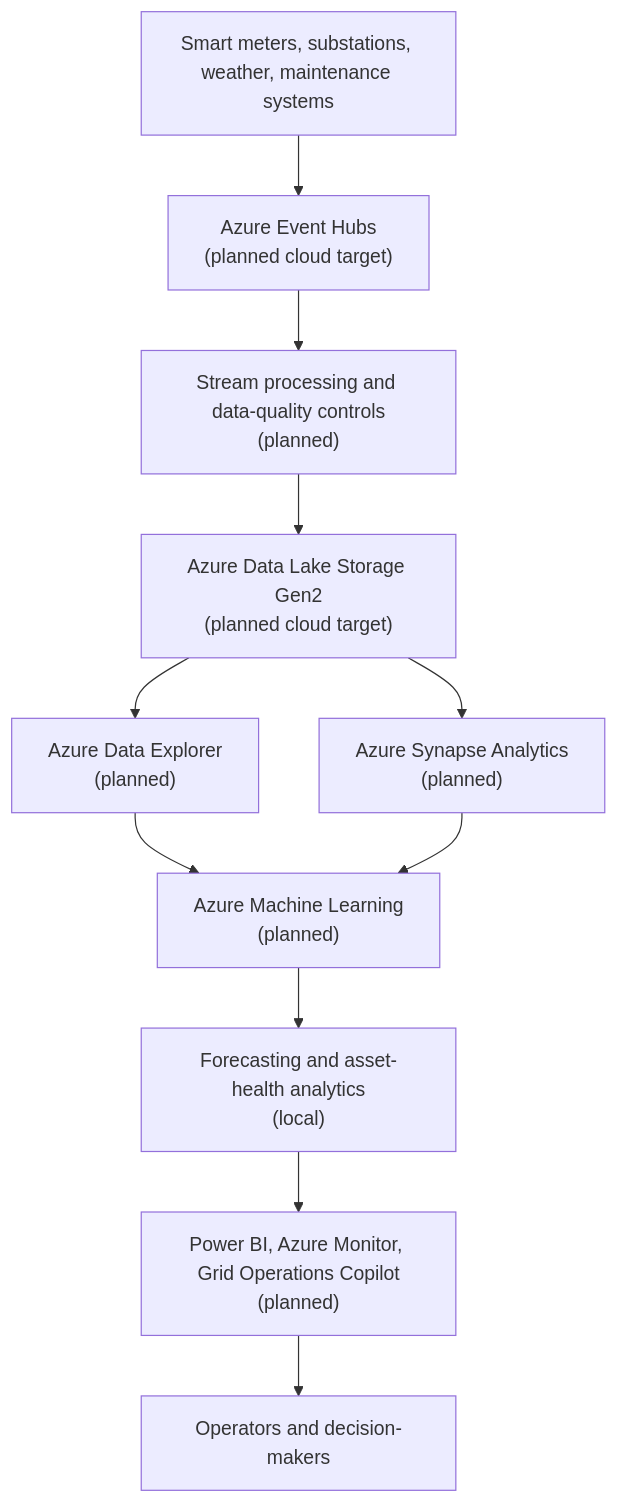
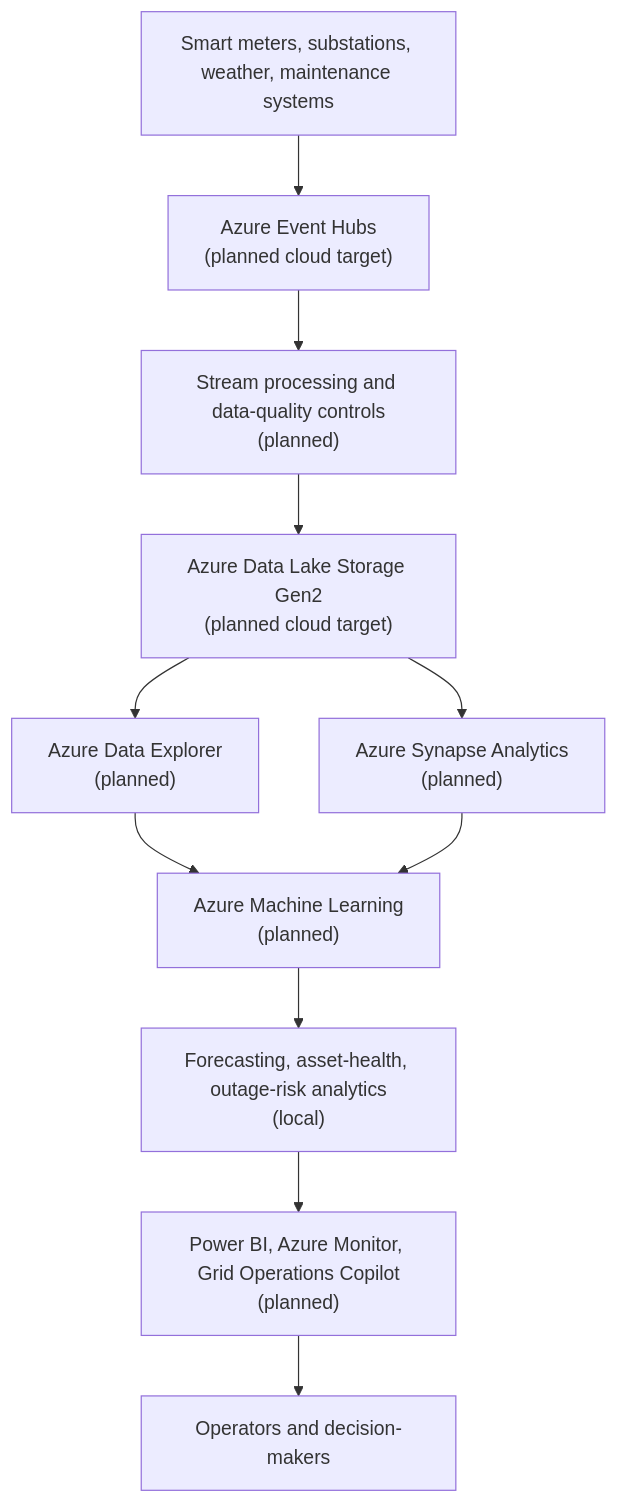
One commit to Ibraheemolasupogit/azure-grid-reliability-intelligence-platform changed the diagram in diagrams/high-level-platform-architecture.mmd. Above: the diagram before and after it, drawn with Mermaid. The commit also changed 39 other files, not shown here.

Commit message:
Add leakage-safe outage risk prediction

```diff
--- a/diagrams/high-level-platform-architecture.mmd
+++ b/diagrams/high-level-platform-architecture.mmd
@@ -1,18 +1,18 @@
 flowchart TD
     sources["Smart meters, substations, weather, maintenance systems"]
     event_hubs["Azure Event Hubs<br/>(planned cloud target)"]
     stream["Stream processing and data-quality controls<br/>(planned)"]
     lake["Azure Data Lake Storage Gen2<br/>(planned cloud target)"]
     adx["Azure Data Explorer<br/>(planned)"]
     synapse["Azure Synapse Analytics<br/>(planned)"]
     aml["Azure Machine Learning<br/>(planned)"]
-    intelligence["Forecasting and asset-health analytics<br/>(local)"]
+    intelligence["Forecasting, asset-health, outage-risk analytics<br/>(local)"]
     operations["Power BI, Azure Monitor, Grid Operations Copilot<br/>(planned)"]
     users["Operators and decision-makers"]
 
     sources --> event_hubs --> stream --> lake
     lake --> adx
     lake --> synapse
     adx --> aml
     synapse --> aml
     aml --> intelligence --> operations --> users
```
